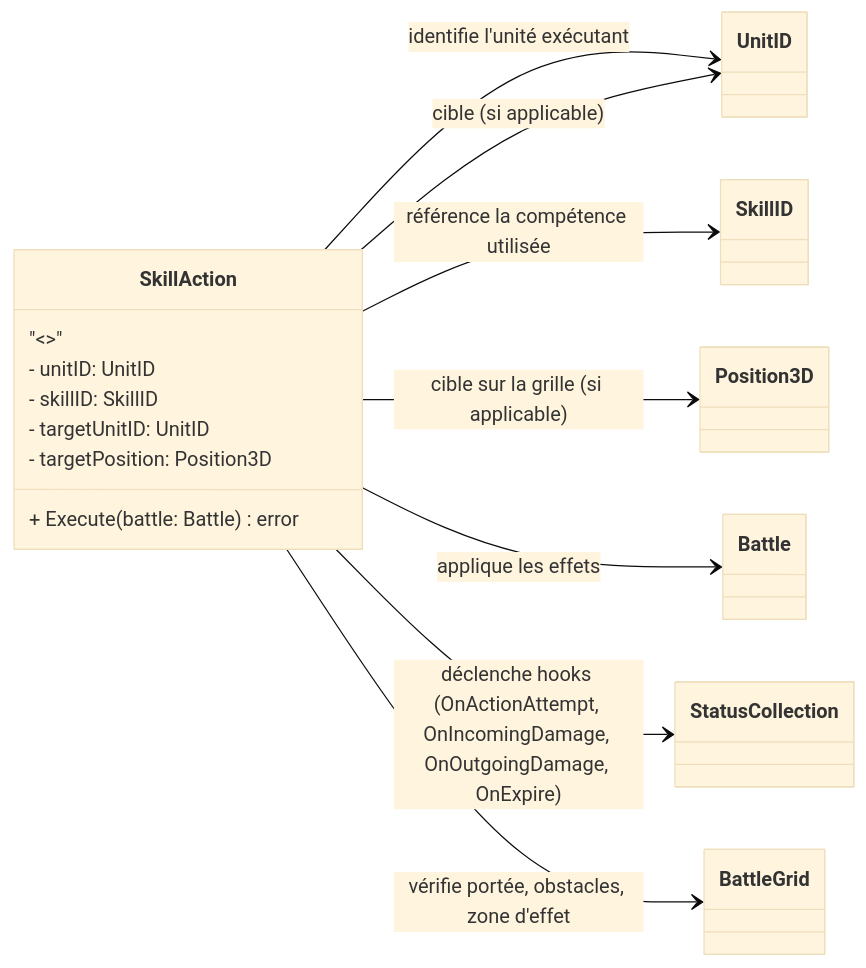
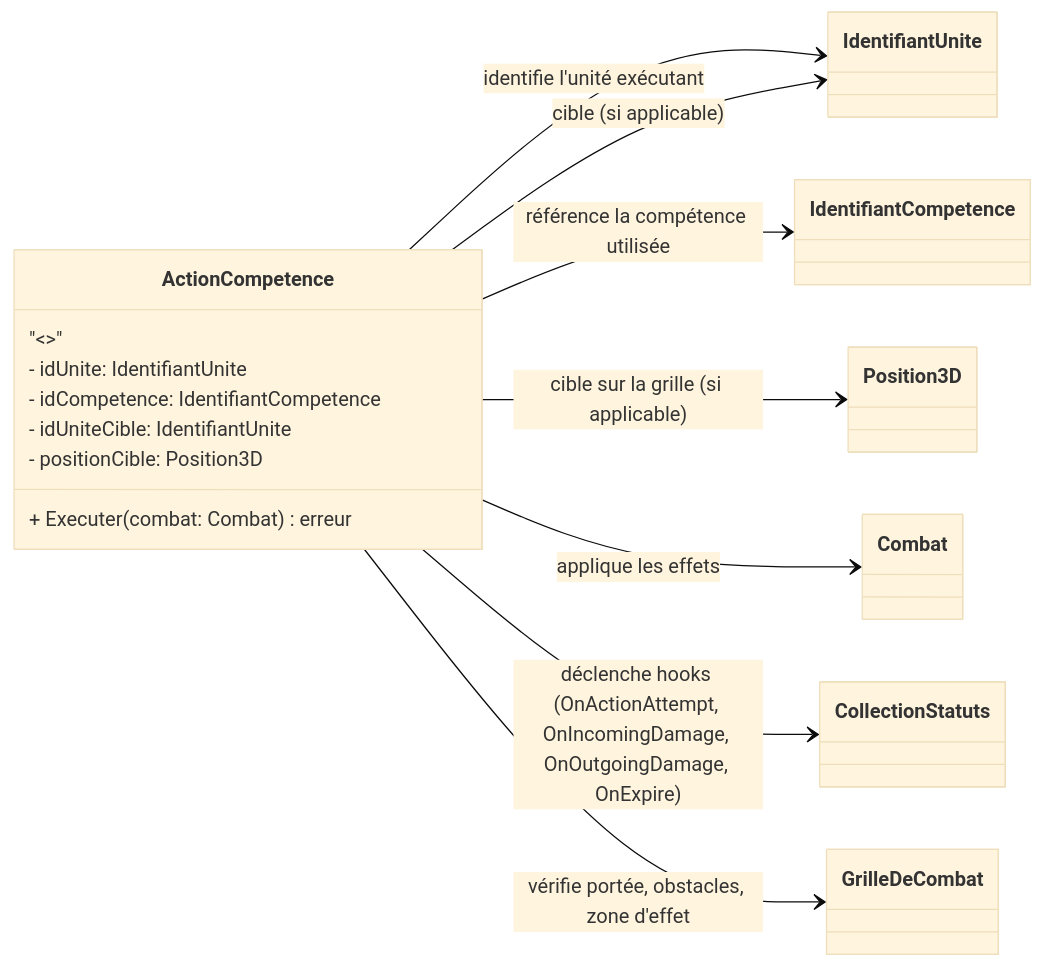
The diagram in doc/diagramme de classe/Skill.md (Gaetan1303/Aether-Engine), drawn with Mermaid (base theme) before and after one commit. The commit also changed 12 other files, not shown here.

````diff
--- a/doc/diagramme de classe/Skill.md
+++ b/doc/diagramme de classe/Skill.md
@@ -1,30 +1,33 @@
 ```mermaid
 classDiagram
 direction LR
 
 %% =========================
-%% COMMAND SKILL
+%% COMMANDE COMPETENCE (fr)
 %% =========================
 
-class SkillAction {
-    "<<value object / command>>"
-    - unitID: UnitID
-    - skillID: SkillID
-    - targetUnitID: UnitID
-    - targetPosition: Position3D
-    + Execute(battle: Battle) error
+%% Note de synchronisation :
+%% Ce diagramme utilise le nommage français, sauf pour les termes internationalement utilisés (item, Tank, DPS, Heal, etc.).
+%% Les définitions détaillées sont centralisées dans `/doc/Agrégats.md`.
+
+class ActionCompetence {
+    "<<value object / commande>>"
+    - idUnite: IdentifiantUnite
+    - idCompetence: IdentifiantCompetence
+    - idUniteCible: IdentifiantUnite
+    - positionCible: Position3D
+    + Executer(combat: Combat) erreur
 }
 
 %% =========================
 %% RELATIONS
 %% =========================
 
-SkillAction --> UnitID : identifie l'unité exécutant
-SkillAction --> SkillID : référence la compétence utilisée
-SkillAction --> UnitID : cible (si applicable)
-SkillAction --> Position3D : cible sur la grille (si applicable)
-SkillAction --> Battle : applique les effets
-SkillAction --> StatusCollection : déclenche hooks (OnActionAttempt, OnIncomingDamage, OnOutgoingDamage, OnExpire)
-SkillAction --> BattleGrid : vérifie portée, obstacles, zone d'effet
-
+ActionCompetence --> IdentifiantUnite : identifie l'unité exécutant
+ActionCompetence --> IdentifiantCompetence : référence la compétence utilisée
+ActionCompetence --> IdentifiantUnite : cible (si applicable)
+ActionCompetence --> Position3D : cible sur la grille (si applicable)
+ActionCompetence --> Combat : applique les effets
+ActionCompetence --> CollectionStatuts : déclenche hooks (OnActionAttempt, OnIncomingDamage, OnOutgoingDamage, OnExpire)
+ActionCompetence --> GrilleDeCombat : vérifie portée, obstacles, zone d'effet
 ```
````
